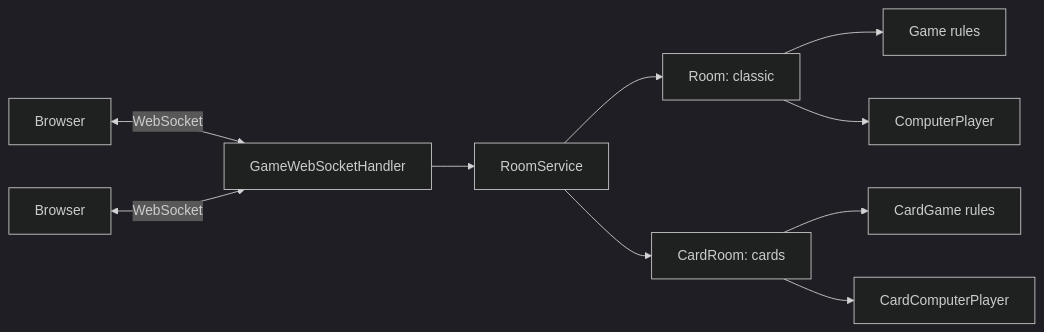
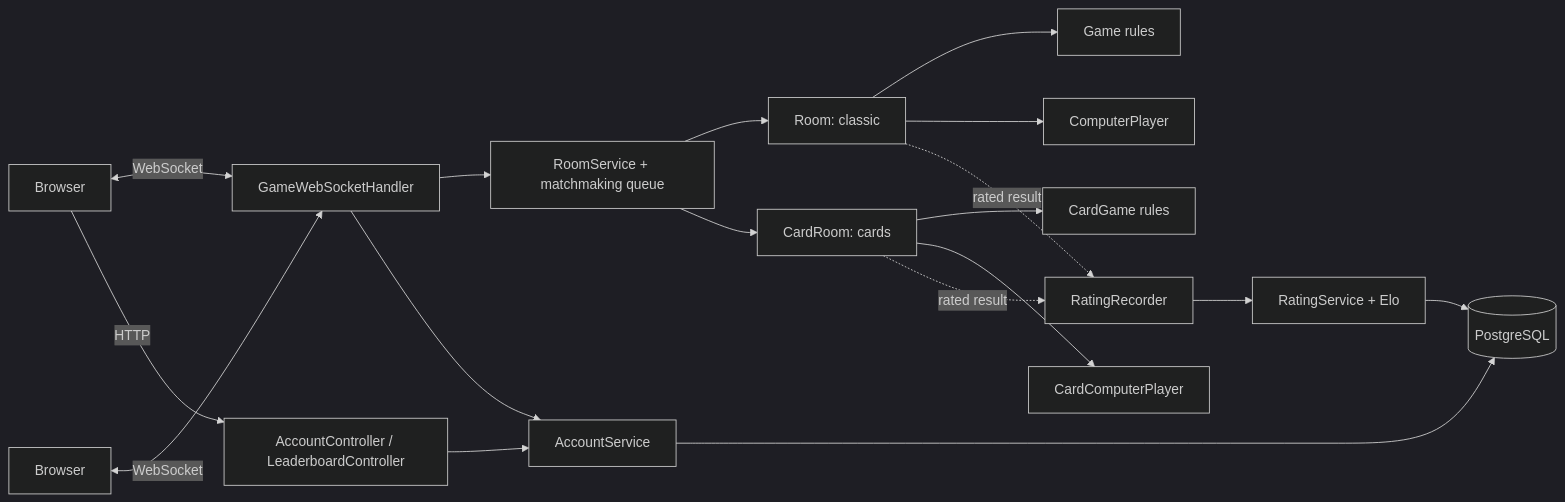
The diagram in README.md (barakes/FourInARow), drawn with Mermaid (dark theme) before and after one commit. The commit also changed other lines of this file, not shown here.

Commit message:
Update README with accounts, rated games and leaderboard

````diff
--- a/README.md
+++ b/README.md
@@ -44,12 +36,20 @@
 ```mermaid
 flowchart LR
     B1[Browser] <-- WebSocket --> H[GameWebSocketHandler]
     B2[Browser] <-- WebSocket --> H
-    H --> S[RoomService]
+    B1 -- HTTP --> AC[AccountController / LeaderboardController]
+    H --> S[RoomService + matchmaking queue]
+    H --> AS[AccountService]
+    AC --> AS
     S --> R1[Room: classic]
     S --> R2[CardRoom: cards]
     R1 --> G[Game rules]
     R1 --> C1[ComputerPlayer]
     R2 --> CG[CardGame rules]
     R2 --> C2[CardComputerPlayer]
+    R1 -. rated result .-> RR[RatingRecorder]
+    R2 -. rated result .-> RR
+    RR --> RS[RatingService + Elo]
+    AS --> DB[(PostgreSQL)]
+    RS --> DB
 ```
````
